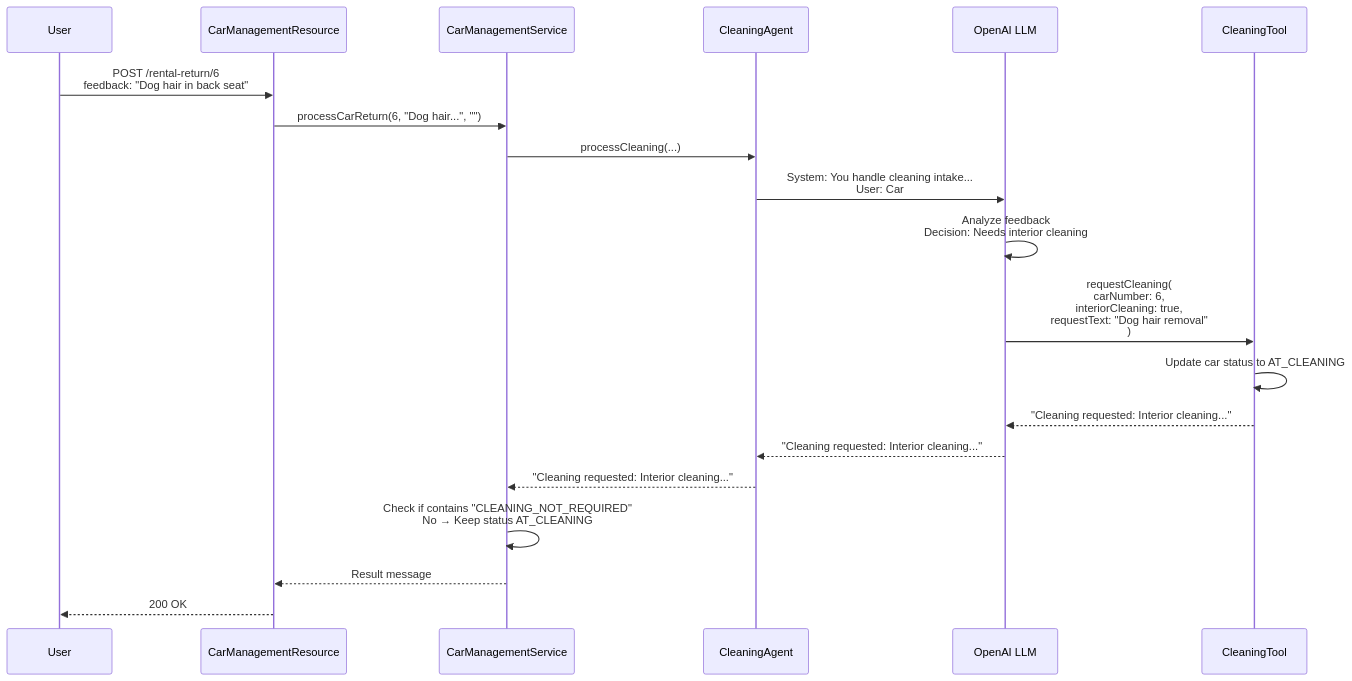
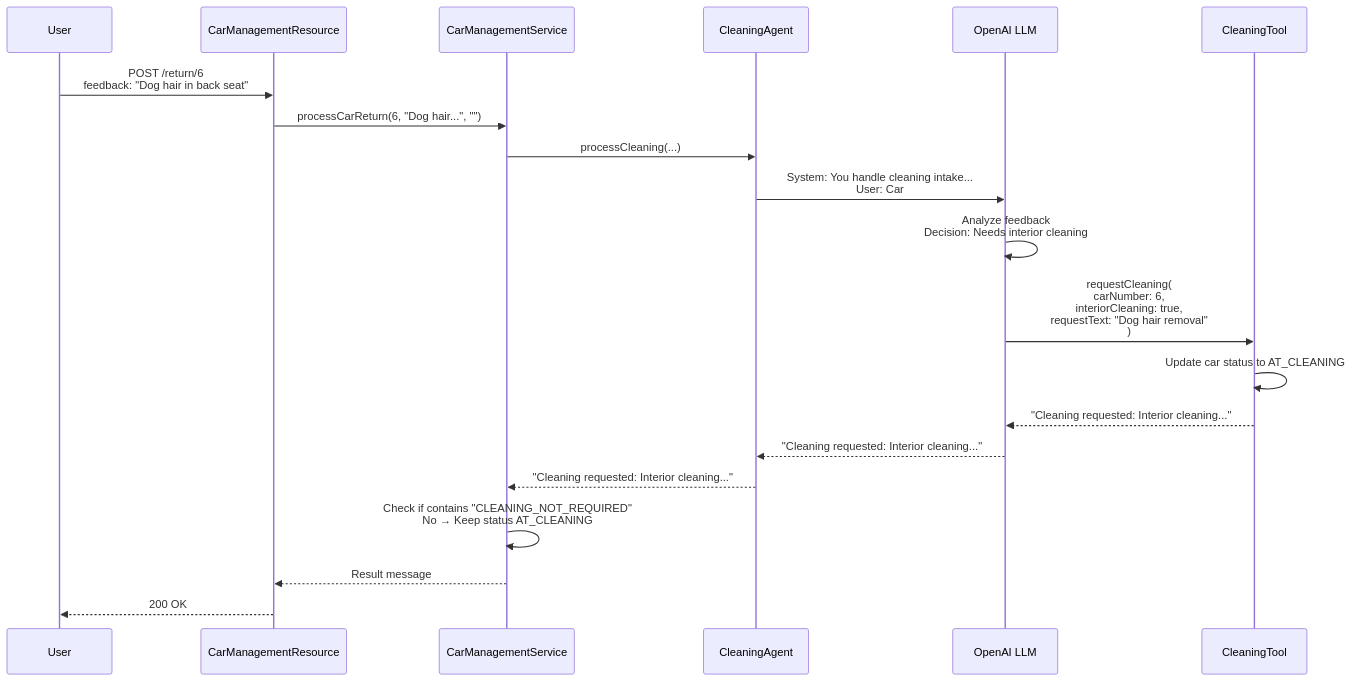
One commit to quarkusio/quarkus-workshop-langchain4j changed the first of 2 diagrams in docs/docs/section-2/step-01.md. Above: the diagram before and after it, drawn with Mermaid. The commit also changed other lines of this file and 88 other files, not shown here.

````diff
--- a/docs/docs/section-2/step-01.md
+++ b/docs/docs/section-2/step-01.md
@@ -351,23 +345,23 @@
 ```mermaid
 sequenceDiagram
     participant User
     participant REST as CarManagementResource
     participant Service as CarManagementService
     participant Agent as CleaningAgent
     participant LLM as OpenAI LLM
     participant Tool as CleaningTool
 
-    User->>REST: POST /rental-return/6<br/>feedback: "Dog hair in back seat"
+    User->>REST: POST /return/6<br/>feedback: "Dog hair in back seat"
     REST->>Service: processCarReturn(6, "Dog hair...", "")
     Service->>Agent: processCleaning(...)
     Agent->>LLM: System: You handle cleaning intake...<br/>User: Car #6, feedback: "Dog hair..."
     LLM->>LLM: Analyze feedback<br/>Decision: Needs interior cleaning
     LLM->>Tool: requestCleaning(<br/>  carNumber: 6,<br/>  interiorCleaning: true,<br/>  requestText: "Dog hair removal"<br/>)
     Tool->>Tool: Update car status to AT_CLEANING
     Tool-->>LLM: "Cleaning requested: Interior cleaning..."
     LLM-->>Agent: "Cleaning requested: Interior cleaning..."
     Agent-->>Service: "Cleaning requested: Interior cleaning..."
     Service->>Service: Check if contains "CLEANING_NOT_REQUIRED"<br/>No → Keep status AT_CLEANING
     Service-->>REST: Result message
     REST-->>User: 200 OK
 ```
````
